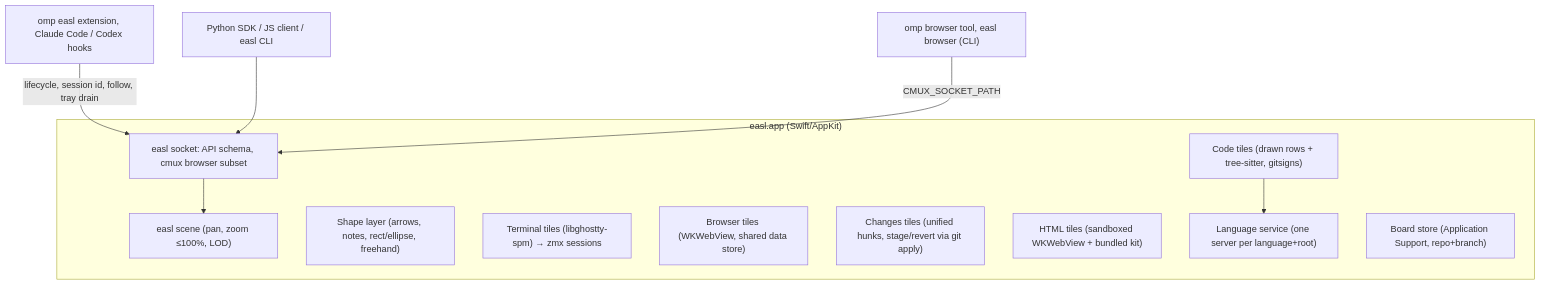
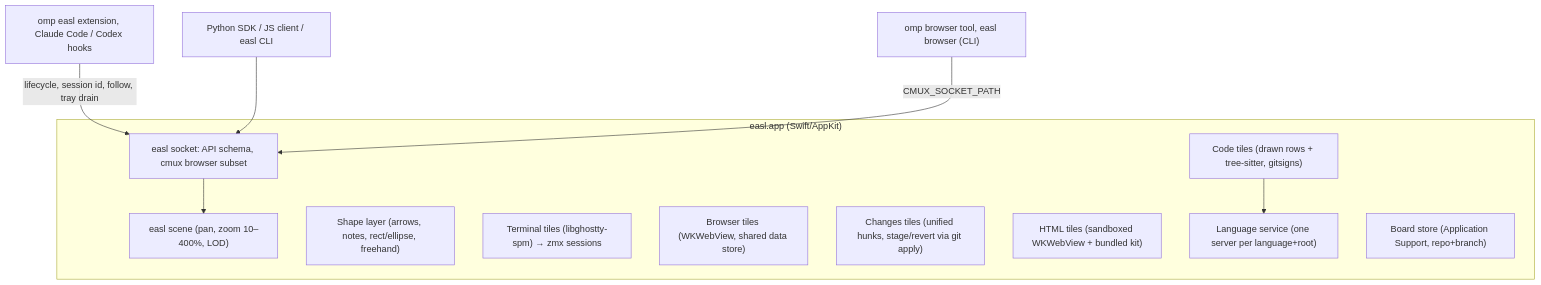
One commit to twaldin/easl changed the diagram in docs/design.md. Above: the diagram before and after it, drawn with Mermaid. The commit also changed other lines of this file and 3 other files, not shown here.

````diff
--- a/docs/design.md
+++ b/docs/design.md
@@ -14,20 +14,20 @@
 ```mermaid
 flowchart TB
   subgraph App["easl.app (Swift/AppKit)"]
-    Scene["easl scene (pan, zoom ≤100%, LOD)"]
+    Scene["easl scene (pan, zoom 10–400%, LOD)"]
     Ink["Shape layer (arrows, notes, rect/ellipse, freehand)"]
     T["Terminal tiles (libghostty-spm) → zmx sessions"]
     B["Browser tiles (WKWebView, shared data store)"]
     C["Code tiles (drawn rows + tree-sitter, gitsigns)"]
     R["Changes tiles (unified hunks, stage/revert via git apply)"]
     H["HTML tiles (sandboxed WKWebView + bundled kit)"]
     L["Language service (one server per language+root)"]
     Sock["easl socket: API schema, cmux browser subset"]
     Store["Board store (Application Support, repo+branch)"]
   end
   Ext["omp easl extension, Claude Code / Codex hooks"] -->|"lifecycle, session id, follow, tray drain"| Sock
   SDK["Python SDK / JS client / easl CLI"] --> Sock
   OmpBrowser["omp browser tool, easl browser (CLI)"] -->|"CMUX_SOCKET_PATH"| Sock
   Sock --> Scene
   C --> L
 ```
````
